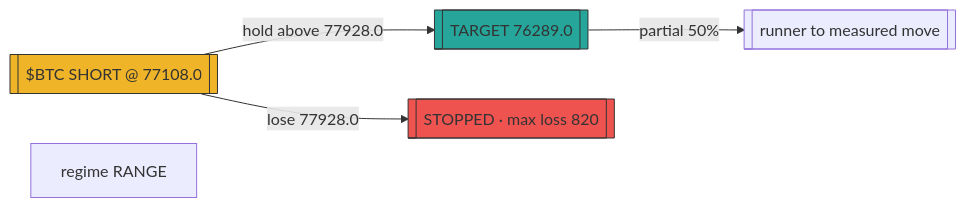
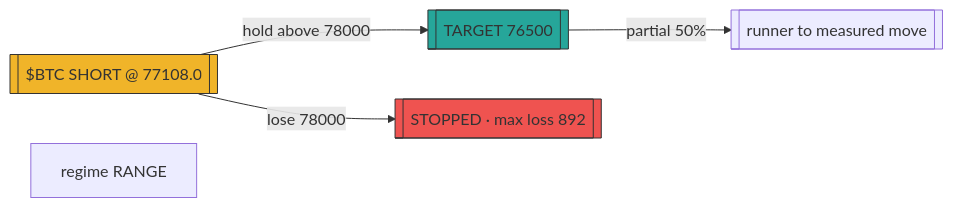
One commit to prx0r/BEAR changed the diagram in astronomer/data/proveout_posts_astronomer_zero/2056647448798617956.mmd. Above: the diagram before and after it, drawn with Mermaid. The commit also changed 2030 other files, not shown here.

```diff
--- a/astronomer/data/proveout_posts_astronomer_zero/2056647448798617956.mmd
+++ b/astronomer/data/proveout_posts_astronomer_zero/2056647448798617956.mmd
@@ -1,9 +1,9 @@
 flowchart LR
     sig[["$BTC SHORT @ 77108.0"]]
-    sig -->|"hold above 77928.0"| tgt[["TARGET 76289.0"]]
-    sig -->|"lose 77928.0"| stp[["STOPPED · max loss 820"]]
+    sig -->|"hold above 78000"| tgt[["TARGET 76500"]]
+    sig -->|"lose 78000"| stp[["STOPPED · max loss 892"]]
     tgt -->|"partial 50%"| t2[["runner to measured move"]]
     style sig fill:#f0b429,stroke:#333
     style tgt fill:#26a69a,stroke:#333
     style stp fill:#ef5350,stroke:#333
     sub["regime RANGE" ]
```
